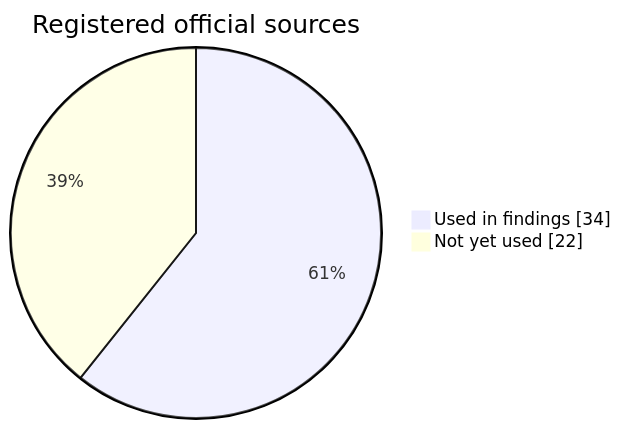
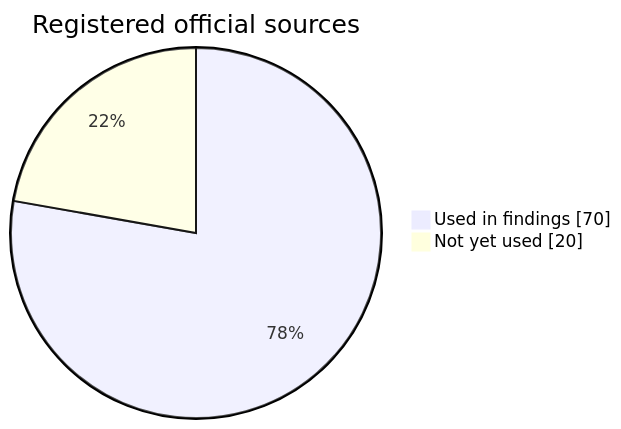
The third of 3 diagrams in reports/evidence-state.md (tomqwu/apim), drawn with Mermaid before and after one commit. The commit also changed 32 other files, not shown here.

````diff
--- a/reports/evidence-state.md
+++ b/reports/evidence-state.md
@@ -51,6 +51,6 @@
 ```mermaid
 pie showData
   title Registered official sources
-  "Used in findings" : 34
-  "Not yet used" : 22
+  "Used in findings" : 70
+  "Not yet used" : 20
 ```
````
